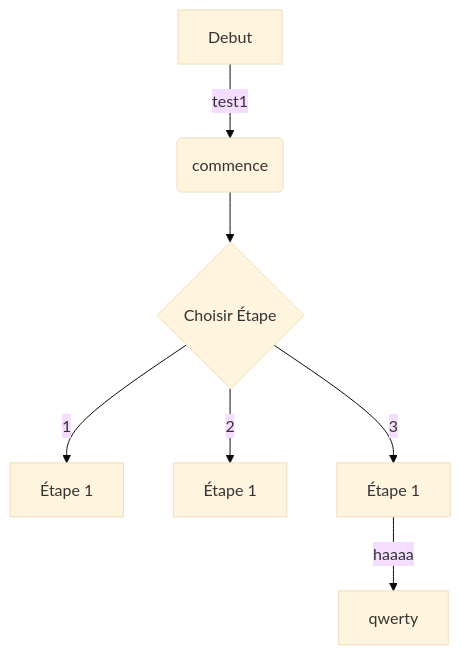
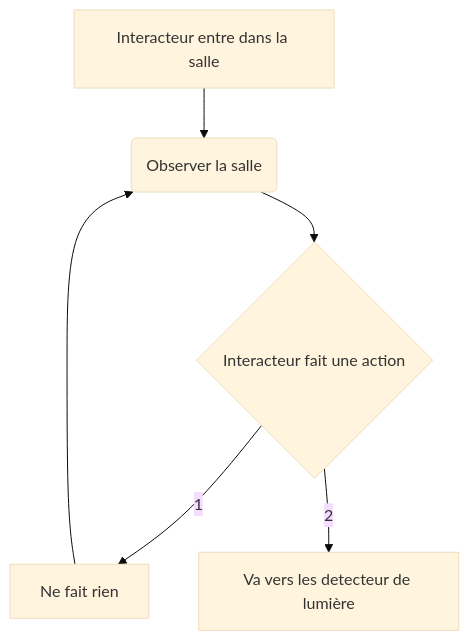
Before and after one commit to victorgileau/piano_etoile_scenarisation_projet: the diagram in README.md, drawn with Mermaid (base theme). The commit also changed other lines of this file, not shown here.

Commit message:
README.md-ajout-info-idée+modif-scenario

````diff
--- a/README.md
+++ b/README.md
@@ -13,9 +20,8 @@
 ```mermaid
 flowchart TD
-    A[Debut] -->|test1| B(commence)
-    B --> C{Choisir Étape}
-    C -->|1| D[Étape 1]
-    C -->|2| E[Étape 1]
-    C -->|3| F[Étape 1]
-    F -->|haaaa| G[qwerty]
+    A[Interacteur entre dans la salle] --> B(Observer la salle)
+    B --> C{Interacteur fait une action}
+    C -->|1| D[Ne fait rien]
+    C -->|2| E[Va vers les detecteur de lumière]
+    D --> B
 ```
````
